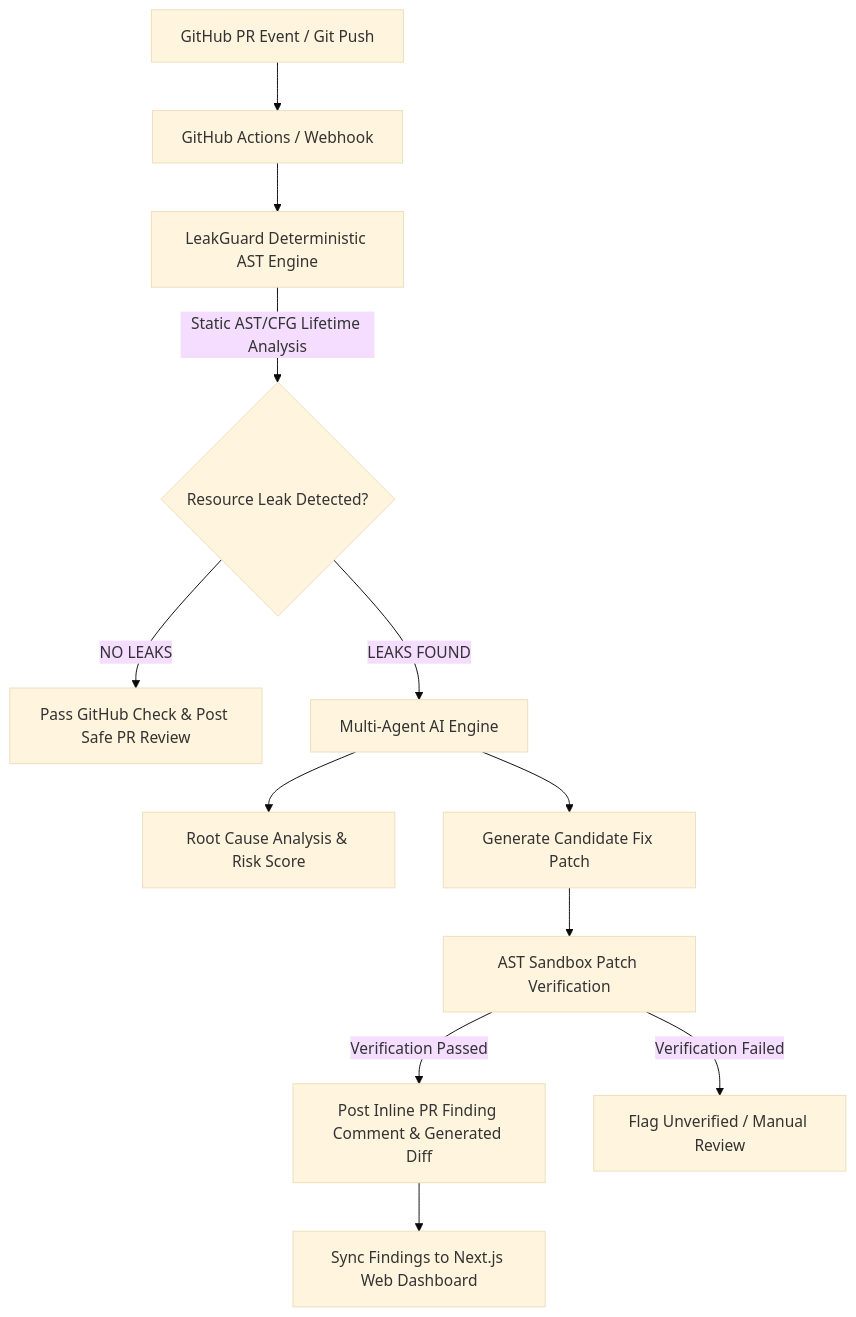
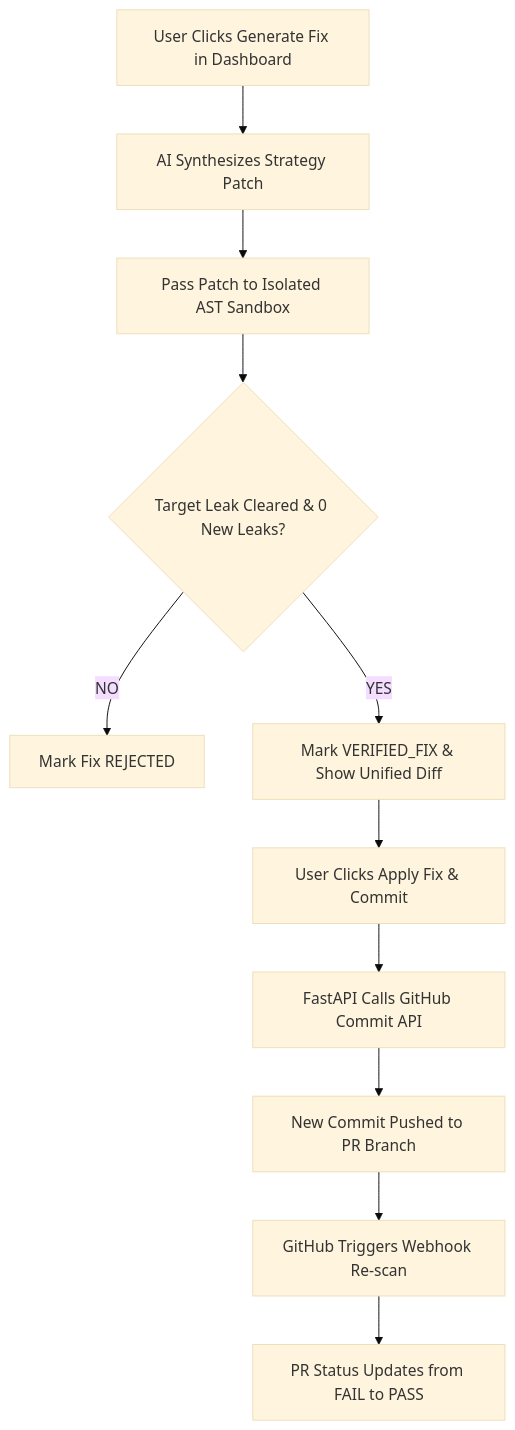
The second of 3 diagrams in README.md (ddevguru/VH26-OG-CODERS), drawn with Mermaid (base theme) before and after one commit. The commit also changed other lines of this file, not shown here.

````diff
--- a/README.md
+++ b/README.md
@@ -23,14 +78,13 @@
 ```mermaid
 flowchart TD
-    A[GitHub PR Event / Git Push] --> B[GitHub Actions / Webhook]
-    B --> C[LeakGuard Deterministic AST Engine]
-    C -->|Static AST/CFG Lifetime Analysis| D{Resource Leak Detected?}
-    D -->|NO LEAKS| E[Pass GitHub Check & Post Safe PR Review]
-    D -->|LEAKS FOUND| F[Multi-Agent AI Engine]
-    F --> G[Root Cause Analysis & Risk Score]
-    F --> H[Generate Candidate Fix Patch]
-    H --> I[AST Sandbox Patch Verification]
-    I -->|Verification Passed| J[Post Inline PR Finding Comment & Generated Diff]
-    I -->|Verification Failed| K[Flag Unverified / Manual Review]
-    J --> L[Sync Findings to Next.js Web Dashboard]
+    A[User Clicks Generate Fix in Dashboard] --> B[AI Synthesizes Strategy Patch]
+    B --> C[Pass Patch to Isolated AST Sandbox]
+    C --> D{Target Leak Cleared & 0 New Leaks?}
+    D -->|NO| E[Mark Fix REJECTED]
+    D -->|YES| F[Mark VERIFIED_FIX & Show Unified Diff]
+    F --> G[User Clicks Apply Fix & Commit]
+    G --> H[FastAPI Calls GitHub Commit API]
+    H --> I[New Commit Pushed to PR Branch]
+    I --> J[GitHub Triggers Webhook Re-scan]
+    J --> K[PR Status Updates from FAIL to PASS]
 ```
````
